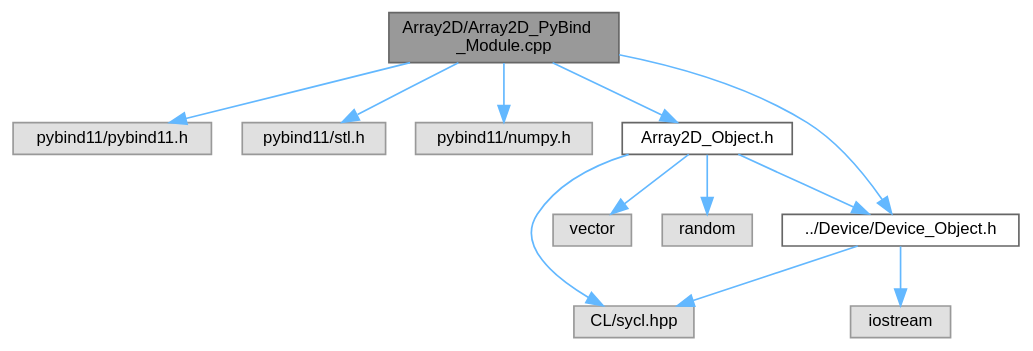
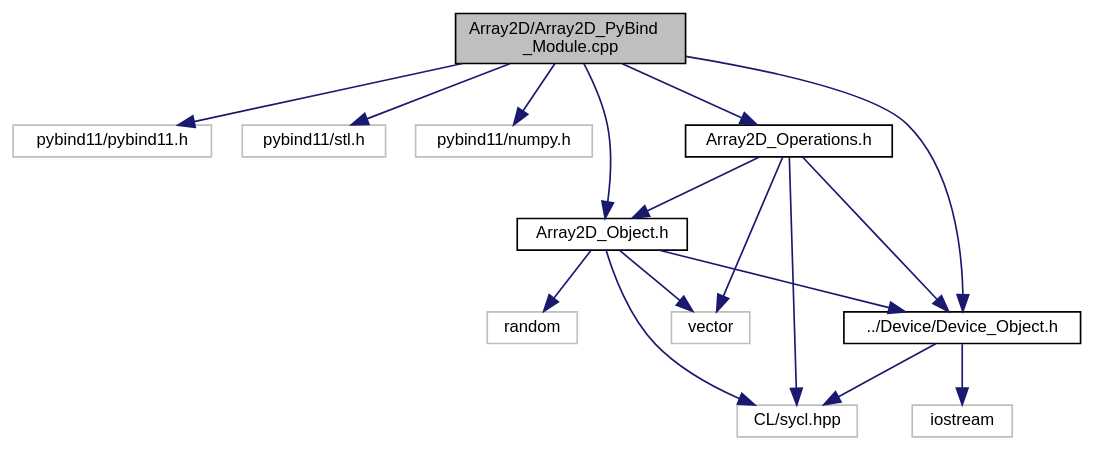
The diagram in docs/PySYCL_doxygen_html/_array2_d___py_bind___module_8cpp__incl.dot (OsmanAEG/PySYCL), drawn with Graphviz before and after one commit. The commit also changed 129 other files, not shown here.

```diff
--- a/docs/PySYCL_doxygen_html/_array2_d___py_bind___module_8cpp__incl.dot
+++ b/docs/PySYCL_doxygen_html/_array2_d___py_bind___module_8cpp__incl.dot
@@ -1,29 +1,35 @@
 digraph "Array2D/Array2D_PyBind_Module.cpp"
 {
  // INTERACTIVE_SVG=YES
  // LATEX_PDF_SIZE
   bgcolor="transparent";
-  edge [fontname=Helvetica,fontsize=10,labelfontname=Helvetica,labelfontsize=10];
-  node [fontname=Helvetica,fontsize=10,shape=box,height=0.2,width=0.4];
-  Node1 [id="Node000001",label="Array2D/Array2D_PyBind\l_Module.cpp",height=0.2,width=0.4,color="gray40", fillcolor="grey60", style="filled", fontcolor="black",tooltip="Python module for array2D in PySYCL."];
-  Node1 -> Node2 [id="edge1_Node000001_Node000002",color="steelblue1",style="solid",tooltip=" "];
-  Node2 [id="Node000002",label="pybind11/pybind11.h",height=0.2,width=0.4,color="grey60", fillcolor="#E0E0E0", style="filled",tooltip=" "];
-  Node1 -> Node3 [id="edge2_Node000001_Node000003",color="steelblue1",style="solid",tooltip=" "];
-  Node3 [id="Node000003",label="pybind11/stl.h",height=0.2,width=0.4,color="grey60", fillcolor="#E0E0E0", style="filled",tooltip=" "];
-  Node1 -> Node4 [id="edge3_Node000001_Node000004",color="steelblue1",style="solid",tooltip=" "];
-  Node4 [id="Node000004",label="pybind11/numpy.h",height=0.2,width=0.4,color="grey60", fillcolor="#E0E0E0", style="filled",tooltip=" "];
-  Node1 -> Node5 [id="edge4_Node000001_Node000005",color="steelblue1",style="solid",tooltip=" "];
-  Node5 [id="Node000005",label="Array2D_Object.h",height=0.2,width=0.4,color="grey40", fillcolor="white", style="filled",URL="$_array2_d___object_8h.html",tooltip="Array2D in PySYCL."];
-  Node5 -> Node6 [id="edge5_Node000005_Node000006",color="steelblue1",style="solid",tooltip=" "];
-  Node6 [id="Node000006",label="CL/sycl.hpp",height=0.2,width=0.4,color="grey60", fillcolor="#E0E0E0", style="filled",tooltip=" "];
-  Node5 -> Node7 [id="edge6_Node000005_Node000007",color="steelblue1",style="solid",tooltip=" "];
-  Node7 [id="Node000007",label="vector",height=0.2,width=0.4,color="grey60", fillcolor="#E0E0E0", style="filled",tooltip=" "];
-  Node5 -> Node8 [id="edge7_Node000005_Node000008",color="steelblue1",style="solid",tooltip=" "];
-  Node8 [id="Node000008",label="random",height=0.2,width=0.4,color="grey60", fillcolor="#E0E0E0", style="filled",tooltip=" "];
-  Node5 -> Node9 [id="edge8_Node000005_Node000009",color="steelblue1",style="solid",tooltip=" "];
-  Node9 [id="Node000009",label="../Device/Device_Object.h",height=0.2,width=0.4,color="grey40", fillcolor="white", style="filled",URL="$_device___object_8h.html",tooltip="SYCL device selection in PySYCL."];
-  Node9 -> Node10 [id="edge9_Node000009_Node000010",color="steelblue1",style="solid",tooltip=" "];
-  Node10 [id="Node000010",label="iostream",height=0.2,width=0.4,color="grey60", fillcolor="#E0E0E0", style="filled",tooltip=" "];
-  Node9 -> Node6 [id="edge10_Node000009_Node000006",color="steelblue1",style="solid",tooltip=" "];
-  Node1 -> Node9 [id="edge11_Node000001_Node000009",color="steelblue1",style="solid",tooltip=" "];
+  edge [fontname="Helvetica",fontsize="10",labelfontname="Helvetica",labelfontsize="10"];
+  node [fontname="Helvetica",fontsize="10",shape=record];
+  Node1 [label="Array2D/Array2D_PyBind\l_Module.cpp",height=0.2,width=0.4,color="black", fillcolor="grey75", style="filled", fontcolor="black",tooltip="Python module for array2D in PySYCL."];
+  Node1 -> Node2 [color="midnightblue",fontsize="10",style="solid",fontname="Helvetica"];
+  Node2 [label="pybind11/pybind11.h",height=0.2,width=0.4,color="grey75",tooltip=" "];
+  Node1 -> Node3 [color="midnightblue",fontsize="10",style="solid",fontname="Helvetica"];
+  Node3 [label="pybind11/stl.h",height=0.2,width=0.4,color="grey75",tooltip=" "];
+  Node1 -> Node4 [color="midnightblue",fontsize="10",style="solid",fontname="Helvetica"];
+  Node4 [label="pybind11/numpy.h",height=0.2,width=0.4,color="grey75",tooltip=" "];
+  Node1 -> Node5 [color="midnightblue",fontsize="10",style="solid",fontname="Helvetica"];
+  Node5 [label="Array2D_Object.h",height=0.2,width=0.4,color="black",URL="$_array2_d___object_8h.html",tooltip="Array2D in PySYCL."];
+  Node5 -> Node6 [color="midnightblue",fontsize="10",style="solid",fontname="Helvetica"];
+  Node6 [label="CL/sycl.hpp",height=0.2,width=0.4,color="grey75",tooltip=" "];
+  Node5 -> Node7 [color="midnightblue",fontsize="10",style="solid",fontname="Helvetica"];
+  Node7 [label="vector",height=0.2,width=0.4,color="grey75",tooltip=" "];
+  Node5 -> Node8 [color="midnightblue",fontsize="10",style="solid",fontname="Helvetica"];
+  Node8 [label="random",height=0.2,width=0.4,color="grey75",tooltip=" "];
+  Node5 -> Node9 [color="midnightblue",fontsize="10",style="solid",fontname="Helvetica"];
+  Node9 [label="../Device/Device_Object.h",height=0.2,width=0.4,color="black",URL="$_device___object_8h.html",tooltip="Device object for device selection in PySYCL."];
+  Node9 -> Node10 [color="midnightblue",fontsize="10",style="solid",fontname="Helvetica"];
+  Node10 [label="iostream",height=0.2,width=0.4,color="grey75",tooltip=" "];
+  Node9 -> Node6 [color="midnightblue",fontsize="10",style="solid",fontname="Helvetica"];
+  Node1 -> Node11 [color="midnightblue",fontsize="10",style="solid",fontname="Helvetica"];
+  Node11 [label="Array2D_Operations.h",height=0.2,width=0.4,color="black",URL="$_array2_d___operations_8h.html",tooltip="Array2D operations in PySYCL. These operations receive two individual arrays and return a single arra..."];
+  Node11 -> Node6 [color="midnightblue",fontsize="10",style="solid",fontname="Helvetica"];
+  Node11 -> Node7 [color="midnightblue",fontsize="10",style="solid",fontname="Helvetica"];
+  Node11 -> Node9 [color="midnightblue",fontsize="10",style="solid",fontname="Helvetica"];
+  Node11 -> Node5 [color="midnightblue",fontsize="10",style="solid",fontname="Helvetica"];
+  Node1 -> Node9 [color="midnightblue",fontsize="10",style="solid",fontname="Helvetica"];
 }
```
